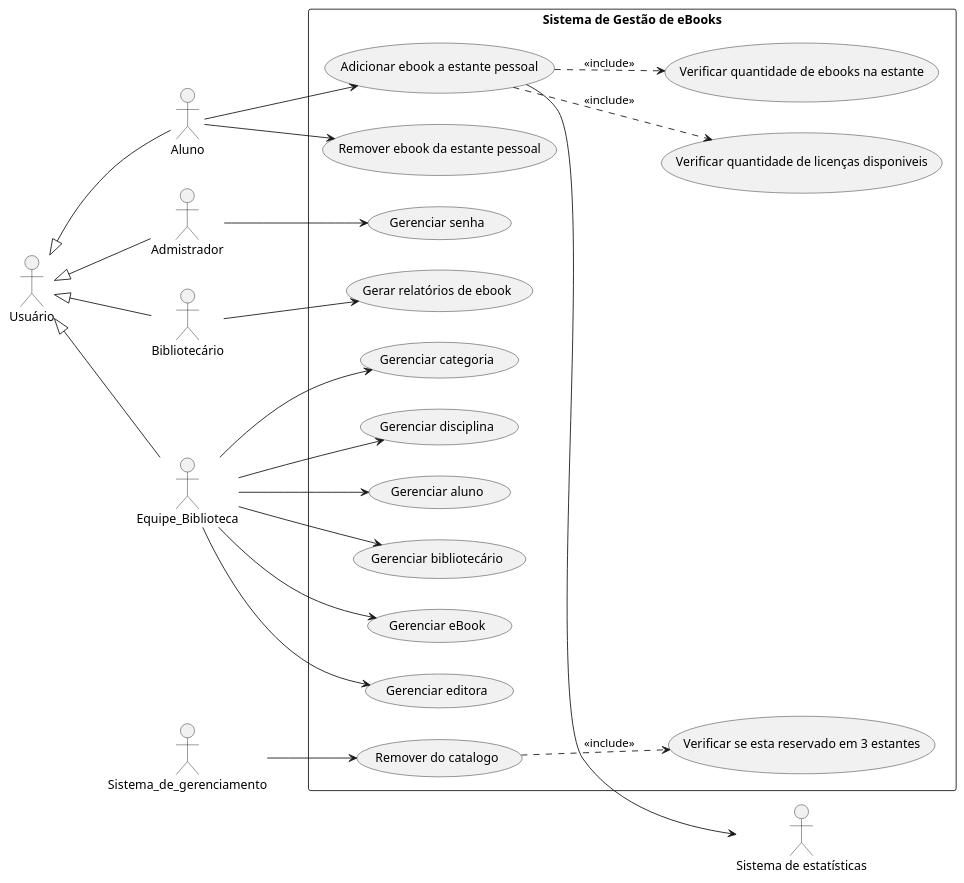
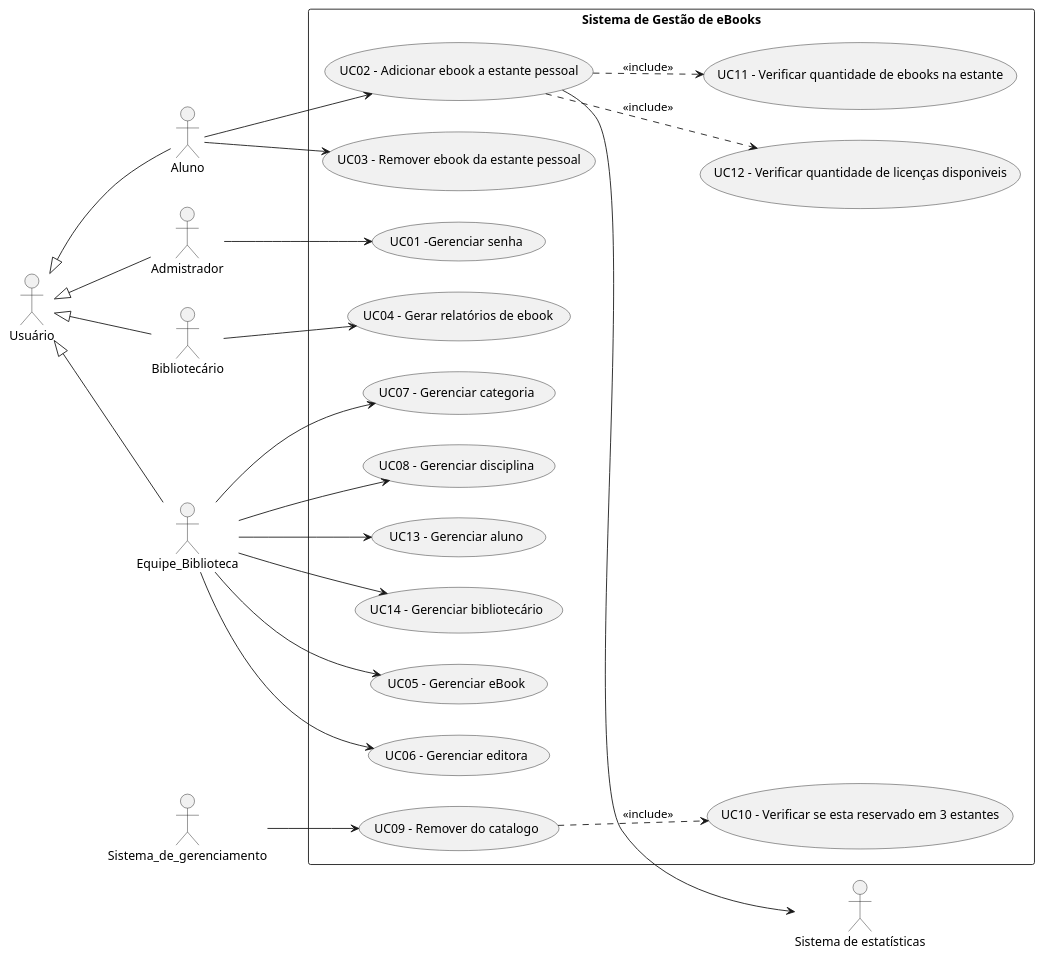
Before and after one commit to brunokilo/lab01-ebooks-biblioteca: the diagram in docs/diagramas/casos-de-uso.puml, drawn with PlantUML.

Commit message:
diagramas: adição de identificador para cada caso de uso

```diff
--- a/docs/diagramas/casos-de-uso.puml
+++ b/docs/diagramas/casos-de-uso.puml
@@ -1,54 +1,54 @@
 @startuml
 left to right direction
 skinparam packageStyle rectangle
 
 actor "Usuário" as Usuario
 actor Aluno
 actor Admistrador
 actor "Bibliotecário" as Bibliotecario
 actor Equipe_Biblioteca
 actor Sistema_de_gerenciamento
 actor "Sistema de estatísticas" as Sistema_de_estatisticas
 
 rectangle "Sistema de Gestão de eBooks" {
-  usecase "Gerenciar senha" as UC01
-  usecase "Adicionar ebook a estante pessoal" as UC02
-  usecase "Remover ebook da estante pessoal" as UC03
-  usecase "Gerar relatórios de ebook" as UC04
-  usecase "Gerenciar eBook" as UC05
-  usecase "Gerenciar editora" as UC06
-  usecase "Gerenciar categoria" as UC07
-  usecase "Gerenciar disciplina" as UC08
-  usecase "Remover do catalogo" as UC09
-  usecase "Verificar se esta reservado em 3 estantes" as UC10
-  usecase "Verificar quantidade de ebooks na estante" as UC11
-  usecase "Verificar quantidade de licenças disponiveis" as UC12
-  usecase "Gerenciar aluno" as UC13
-  usecase "Gerenciar bibliotecário" as UC14
+  usecase "UC01 -Gerenciar senha" as UC01
+  usecase "UC02 - Adicionar ebook a estante pessoal" as UC02
+  usecase "UC03 - Remover ebook da estante pessoal" as UC03
+  usecase "UC04 - Gerar relatórios de ebook" as UC04
+  usecase "UC05 - Gerenciar eBook" as UC05
+  usecase "UC06 - Gerenciar editora" as UC06
+  usecase "UC07 - Gerenciar categoria" as UC07
+  usecase "UC08 - Gerenciar disciplina" as UC08
+  usecase "UC09 - Remover do catalogo" as UC09
+  usecase "UC10 - Verificar se esta reservado em 3 estantes" as UC10
+  usecase "UC11 - Verificar quantidade de ebooks na estante" as UC11
+  usecase "UC12 - Verificar quantidade de licenças disponiveis" as UC12
+  usecase "UC13 - Gerenciar aluno" as UC13
+  usecase "UC14 - Gerenciar bibliotecário" as UC14
 }
 
 Usuario <|-- Equipe_Biblioteca 
 Usuario <|-- Bibliotecario 
 Usuario <|-- Aluno 
 Usuario <|-- Admistrador
 
 Admistrador --> (UC01)
 
 Equipe_Biblioteca --> (UC05)
 Equipe_Biblioteca --> (UC06)
 Equipe_Biblioteca --> (UC07)
 Equipe_Biblioteca --> (UC08)
 Equipe_Biblioteca --> (UC13)
 Equipe_Biblioteca --> (UC14)
 
 Bibliotecario --> (UC04)
 
 Aluno --> (UC02)
 (UC02)..> (UC11) : <<include>>
 (UC02)..> (UC12) : <<include>>
 (UC02)--> Sistema_de_estatisticas
 Aluno --> (UC03)
 
 Sistema_de_gerenciamento --> (UC09)
 (UC09)..> (UC10) : <<include>>
 @enduml
```
